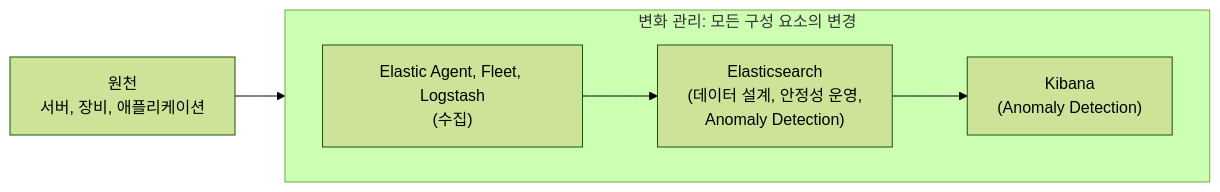
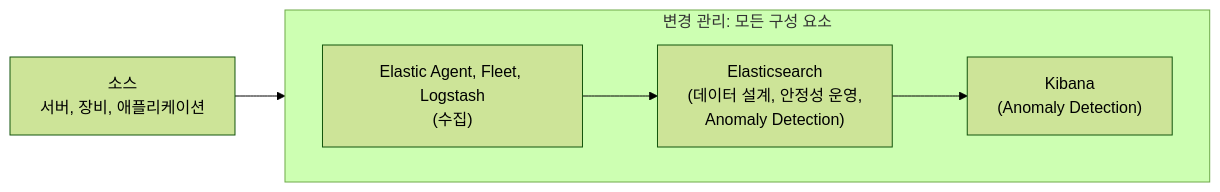
One commit to Munsik/engineering-notes changed the diagram in src/content/docs/elastic/index.md. Above: the diagram before and after it, drawn with Mermaid (forest theme). The commit also changed other lines of this file and 65 other files, not shown here.

````diff
--- a/src/content/docs/elastic/index.md
+++ b/src/content/docs/elastic/index.md
@@ -29,9 +29,9 @@
 ```mermaid
 flowchart LR
-  S["원천<br/>서버, 장비, 애플리케이션"] --> C
-  subgraph X["변화 관리: 모든 구성 요소의 변경"]
+  S["소스<br/>서버, 장비, 애플리케이션"] --> C
+  subgraph X["변경 관리: 모든 구성 요소"]
     direction LR
     C["Elastic Agent, Fleet, Logstash<br/>(수집)"] --> E["Elasticsearch<br/>(데이터 설계, 안정성 운영,<br/>Anomaly Detection)"]
     E --> K["Kibana<br/>(Anomaly Detection)"]
   end
 ```
````
